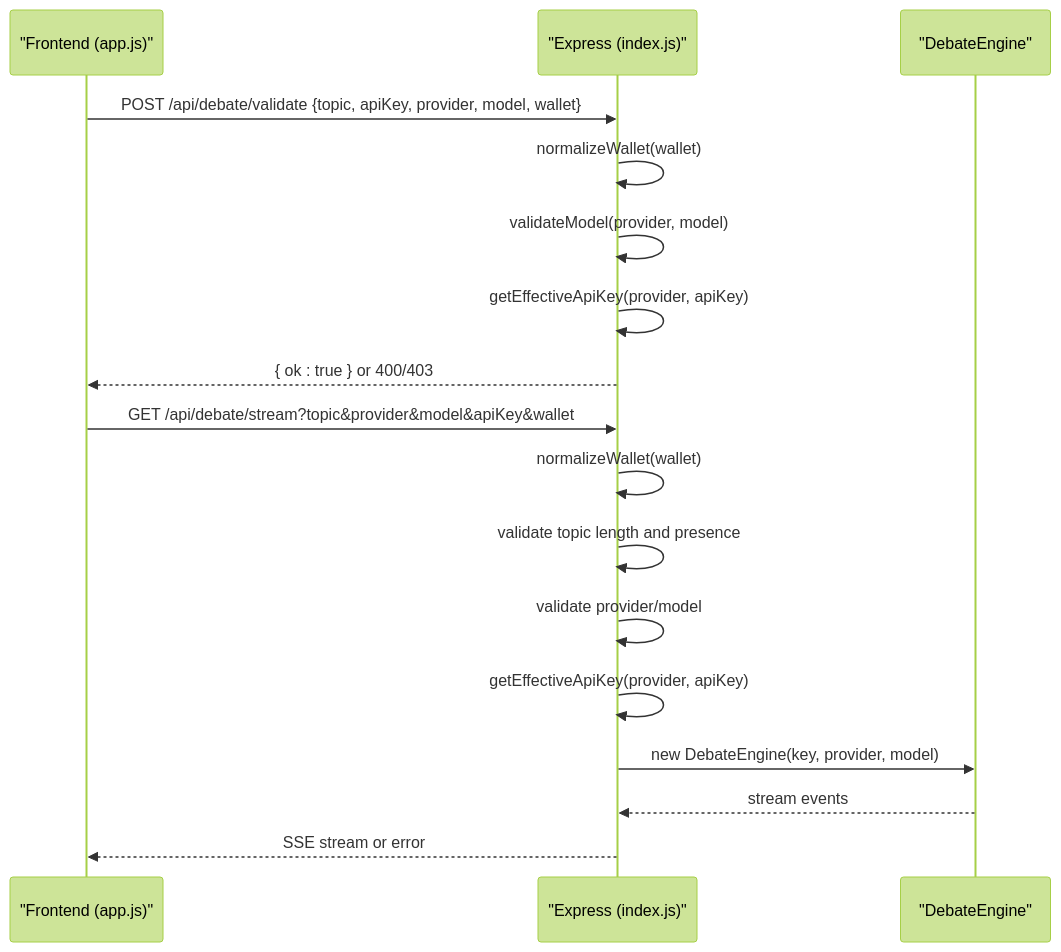
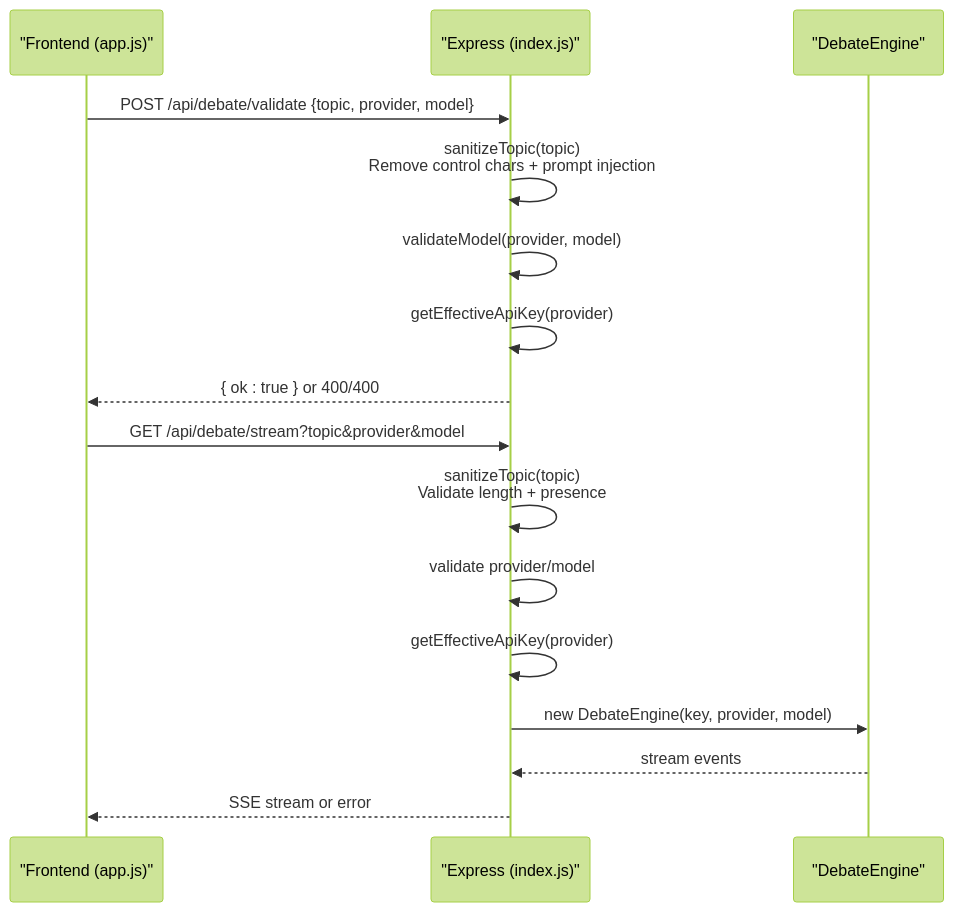
Before and after one commit to RunTimeAdmin/tri-ai: the fourth of 8 diagrams in .qoder/repowiki/en/content/System Architecture/Security Architecture.md, drawn with Mermaid (forest theme). The commit also changed other lines of this file and 21 other files, not shown here.

````diff
--- a/.qoder/repowiki/en/content/System Architecture/Security Architecture.md
+++ b/.qoder/repowiki/en/content/System Architecture/Security Architecture.md
@@ -184,19 +200,18 @@
 ```mermaid
 sequenceDiagram
 participant FE as "Frontend (app.js)"
 participant BE as "Express (index.js)"
 participant DE as "DebateEngine"
-FE->>BE : POST /api/debate/validate {topic, apiKey, provider, model, wallet}
-BE->>BE : normalizeWallet(wallet)
+FE->>BE : POST /api/debate/validate {topic, provider, model}
+BE->>BE : sanitizeTopic(topic)<br/>Remove control chars + prompt injection
 BE->>BE : validateModel(provider, model)
-BE->>BE : getEffectiveApiKey(provider, apiKey)
-BE-->>FE : { ok : true } or 400/403
-FE->>BE : GET /api/debate/stream?topic&provider&model&apiKey&wallet
-BE->>BE : normalizeWallet(wallet)
-BE->>BE : validate topic length and presence
+BE->>BE : getEffectiveApiKey(provider)
+BE-->>FE : { ok : true } or 400/400
+FE->>BE : GET /api/debate/stream?topic&provider&model
+BE->>BE : sanitizeTopic(topic)<br/>Validate length + presence
 BE->>BE : validate provider/model
-BE->>BE : getEffectiveApiKey(provider, apiKey)
+BE->>BE : getEffectiveApiKey(provider)
 BE->>DE : new DebateEngine(key, provider, model)
 DE-->>BE : stream events
 BE-->>FE : SSE stream or error
 ```
````
